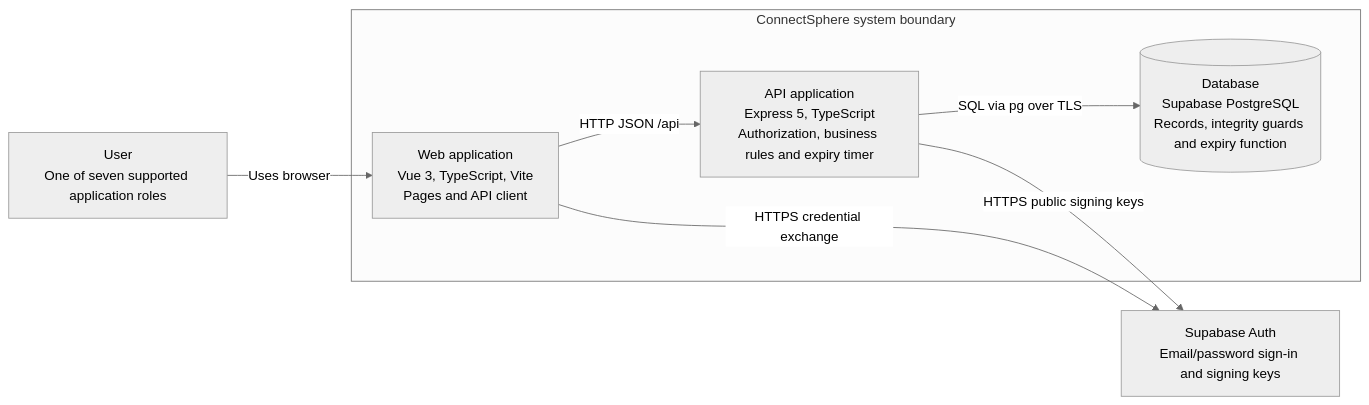
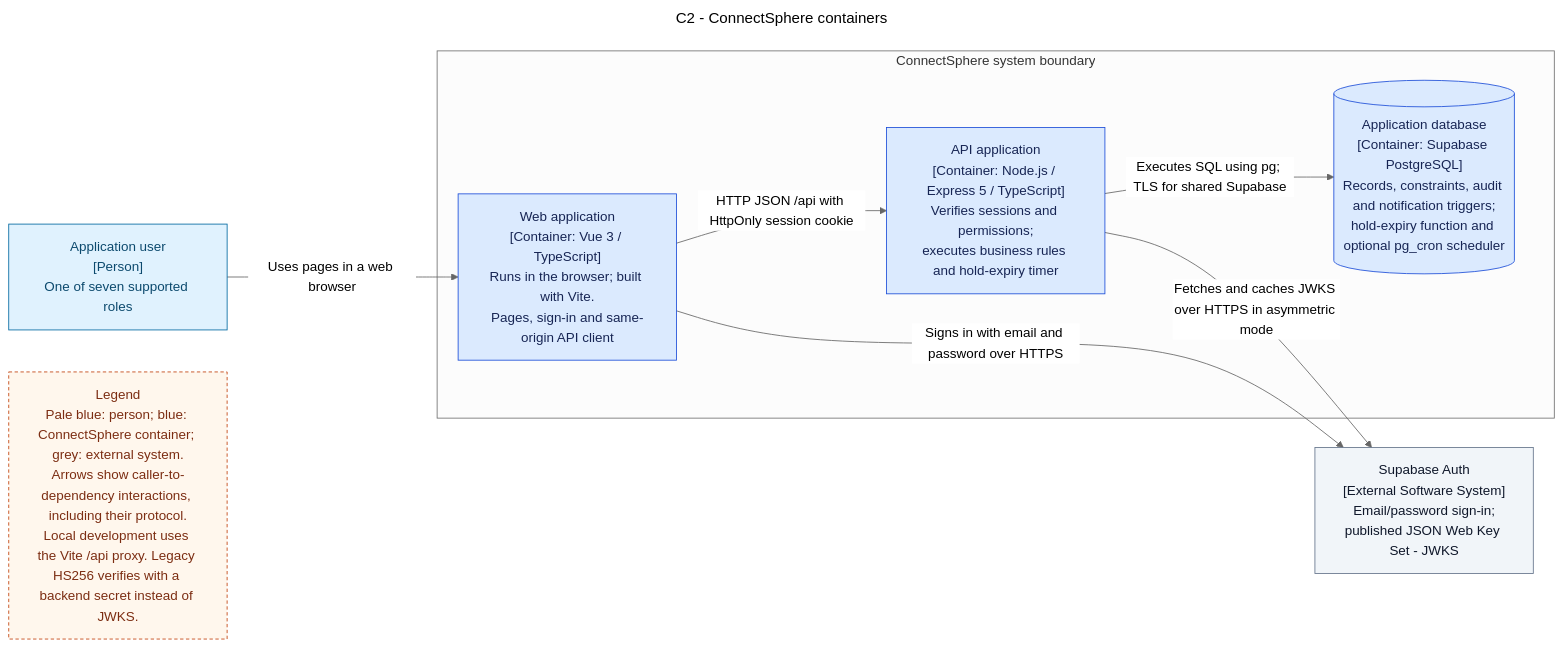
The second of 33 diagrams in docs/architecture/README.md (MochaLxtte/ConnectSphere), drawn with Mermaid (neutral theme) before and after one commit. The commit also changed other lines of this file and 160 other files, not shown here.

First line of the commit message:
docs(WS2): add architecture package from Arvin (2026-11-06)

````diff
--- a/docs/architecture/README.md
+++ b/docs/architecture/README.md
@@ -60,15 +68,23 @@
 ```mermaid
+---
+title: "C2 - ConnectSphere containers"
+---
 flowchart LR
-  user["User<br/>One of seven supported application roles"]
-  identity["Supabase Auth<br/>Email/password sign-in and signing keys"]
+  user["Application user<br/>[Person]<br/>One of seven supported roles"]:::person
+  identity["Supabase Auth<br/>[External Software System]<br/>Email/password sign-in;<br/>published JSON Web Key Set - JWKS"]:::external
   subgraph boundary["ConnectSphere system boundary"]
-    web["Web application<br/>Vue 3, TypeScript, Vite<br/>Pages and API client"]
-    api["API application<br/>Express 5, TypeScript<br/>Authorization, business rules and expiry timer"]
-    db[("Database<br/>Supabase PostgreSQL<br/>Records, integrity guards and expiry function")]
+    web["Web application<br/>[Container: Vue 3 / TypeScript]<br/>Runs in the browser; built with Vite.<br/>Pages, sign-in and same-origin API client"]:::container
+    api["API application<br/>[Container: Node.js / Express 5 / TypeScript]<br/>Verifies sessions and permissions;<br/>executes business rules and hold-expiry timer"]:::container
+    db[("Application database<br/>[Container: Supabase PostgreSQL]<br/>Records, constraints, audit and notification triggers;<br/>hold-expiry function and optional pg_cron scheduler")]:::container
   end
-  user -->|Uses browser| web
-  web -->|HTTP JSON /api| api
-  web -->|HTTPS credential exchange| identity
-  api -->|HTTPS public signing keys| identity
-  api -->|SQL via pg over TLS| db
+  user -->|Uses pages in a web browser| web
+  web -->|HTTP JSON /api with HttpOnly session cookie| api
+  web -->|Signs in with email and password over HTTPS| identity
+  api -->|Fetches and caches JWKS over HTTPS in asymmetric mode| identity
+  api -->|Executes SQL using pg; TLS for shared Supabase| db
+  key["Legend<br/>Pale blue: person; blue: ConnectSphere container; grey: external system.<br/>Arrows show caller-to-dependency interactions, including their protocol.<br/>Local development uses the Vite /api proxy. Legacy HS256 verifies with a backend secret instead of JWKS."]:::legend
+  classDef person fill:#e0f2fe,stroke:#0369a1,color:#0c4a6e
+  classDef container fill:#dbeafe,stroke:#1d4ed8,color:#172554
+  classDef external fill:#f1f5f9,stroke:#64748b,color:#0f172a
+  classDef legend fill:#fff7ed,stroke:#c2410c,color:#7c2d12,stroke-dasharray:4 3
 ```
````
